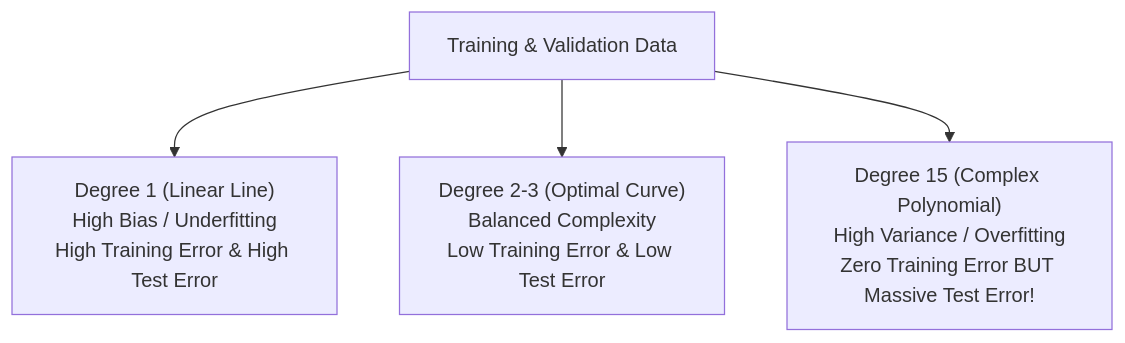
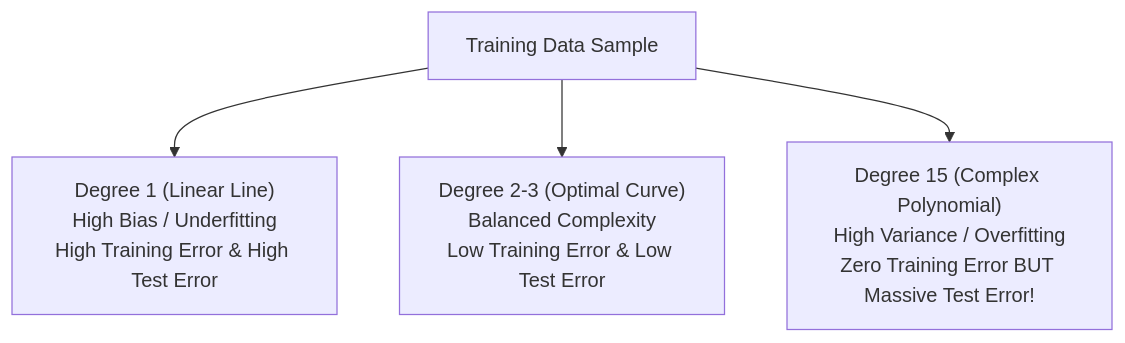
The second of 3 diagrams in 01_RAW/PROCESS/learn-core-machine-learning-part-10.md (xrcodexcode/xr_node), drawn with Mermaid before and after one commit. The commit also changed other lines of this file and 15 other files, not shown here.

````diff
--- a/01_RAW/PROCESS/learn-core-machine-learning-part-10.md
+++ b/01_RAW/PROCESS/learn-core-machine-learning-part-10.md
@@ -65,6 +65,6 @@
 ```mermaid
 flowchart TD
-    Data["Training & Validation Data"] --> Degree1["Degree 1 (Linear Line)<br/>High Bias / Underfitting<br/>High Training Error & High Test Error"]
+    Data["Training Data Sample"] --> Degree1["Degree 1 (Linear Line)<br/>High Bias / Underfitting<br/>High Training Error & High Test Error"]
     Data --> Degree2["Degree 2-3 (Optimal Curve)<br/>Balanced Complexity<br/>Low Training Error & Low Test Error"]
     Data --> Degree15["Degree 15 (Complex Polynomial)<br/>High Variance / Overfitting<br/>Zero Training Error BUT Massive Test Error!"]
 ```
````
